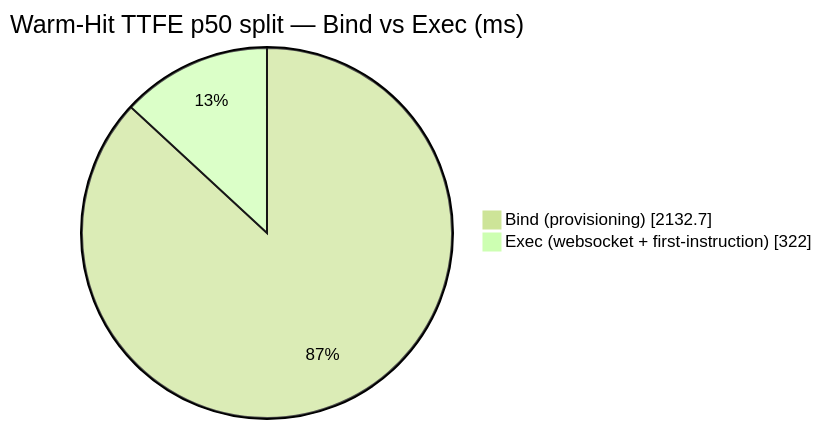
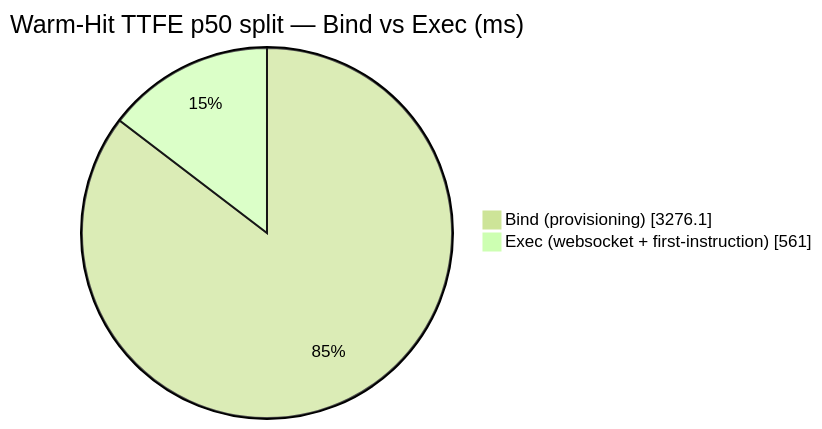
One commit to AlexBulankou/honest-bench changed the diagram in DETAILS.md. Above: the diagram before and after it, drawn with Mermaid (forest theme). The commit also changed other lines of this file and 4 other files, not shown here.

````diff
--- a/DETAILS.md
+++ b/DETAILS.md
@@ -108,6 +109,6 @@
 ```mermaid
 pie showData
     title Warm-Hit TTFE p50 split — Bind vs Exec (ms)
-    "Bind (provisioning)" : 2132.7
-    "Exec (websocket + first-instruction)" : 322.0
+    "Bind (provisioning)" : 3276.1
+    "Exec (websocket + first-instruction)" : 561.0
 ```
````
